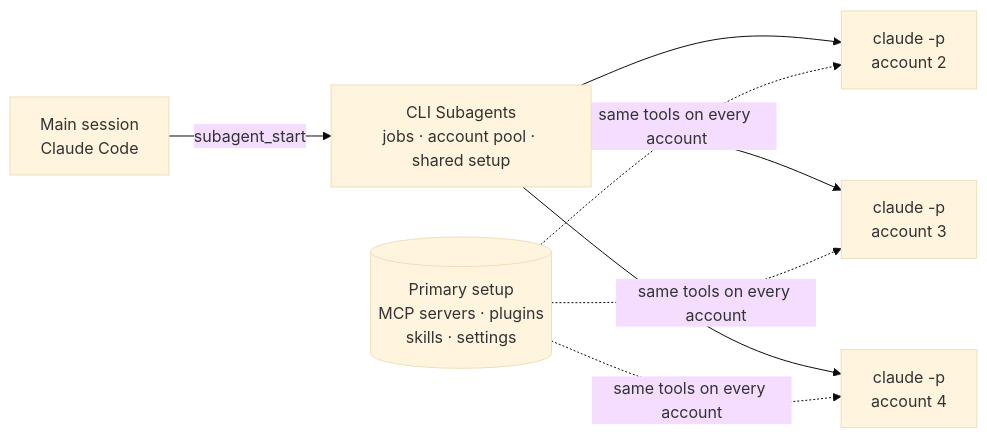
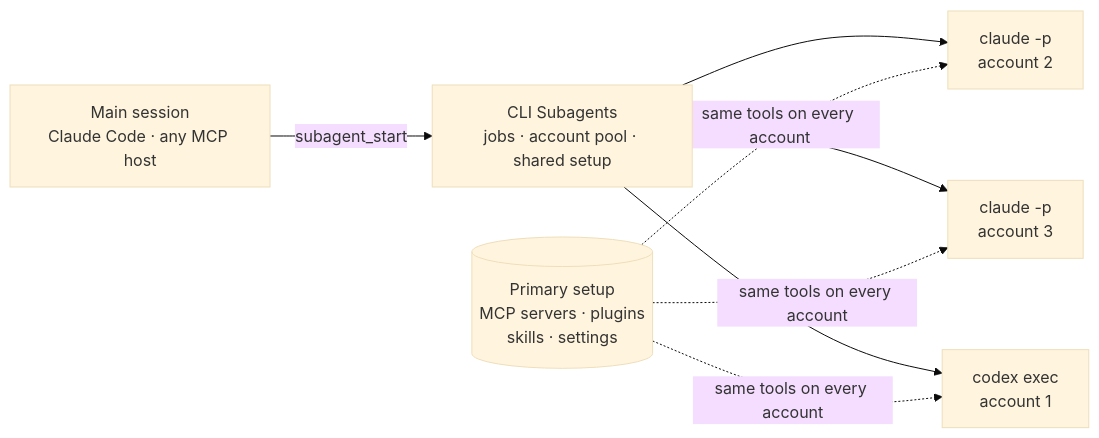
One commit to Watcharagorn/agents-router changed the diagram in README.md. Above: the diagram before and after it, drawn with Mermaid (base theme). The commit also changed other lines of this file and 9 other files, not shown here.

````diff
--- a/README.md
+++ b/README.md
@@ -14,13 +14,13 @@
 ```mermaid
 flowchart LR
-    host["Main session<br/>Claude Code"]
+    host["Main session<br/>Claude Code · any MCP host"]
     core["CLI Subagents<br/>jobs · account pool · shared setup"]
     shared[("Primary setup<br/>MCP servers · plugins<br/>skills · settings")]
     w1["claude -p<br/>account 2"]
     w2["claude -p<br/>account 3"]
-    w3["claude -p<br/>account 4"]
+    w3["codex exec<br/>account 1"]
 
     host -- "subagent_start" --> core
     core --> w1 & w2 & w3
     shared -. "same tools on every account" .-> w1 & w2 & w3
 ```
````
